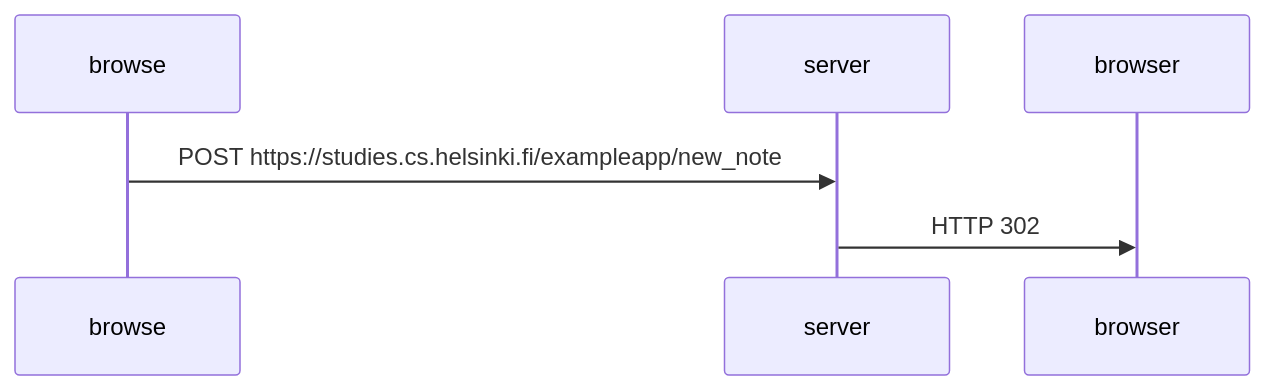
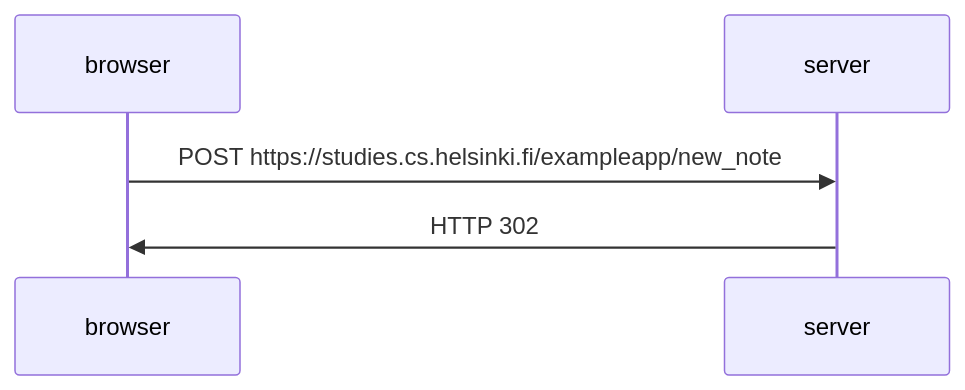
Before and after one commit to gastonracing98/part0: the diagram in README.md, drawn with Mermaid.

````diff
--- a/README.md
+++ b/README.md
@@ -3,5 +3,5 @@
 ```mermaid
 sequenceDiagram
-browse->>server: POST https://studies.cs.helsinki.fi/exampleapp/new_note
+browser->>server: POST https://studies.cs.helsinki.fi/exampleapp/new_note
 server->>browser: HTTP 302
 ```
````
